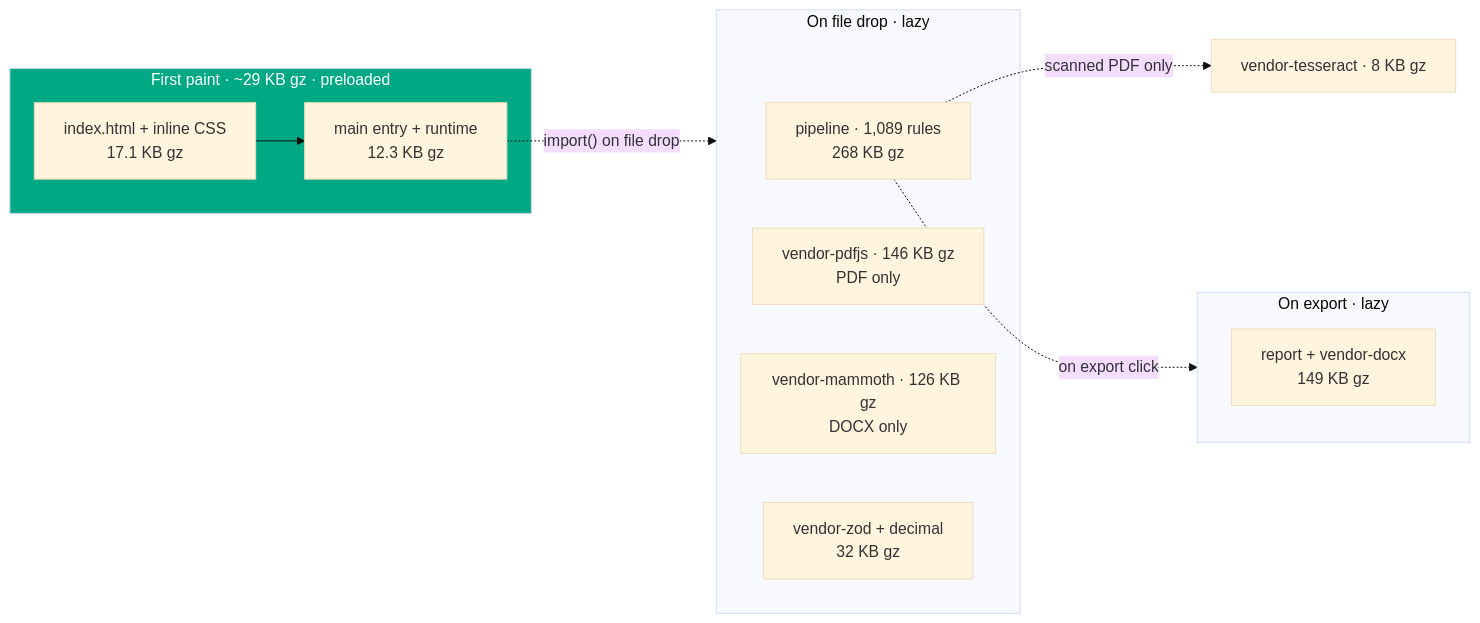
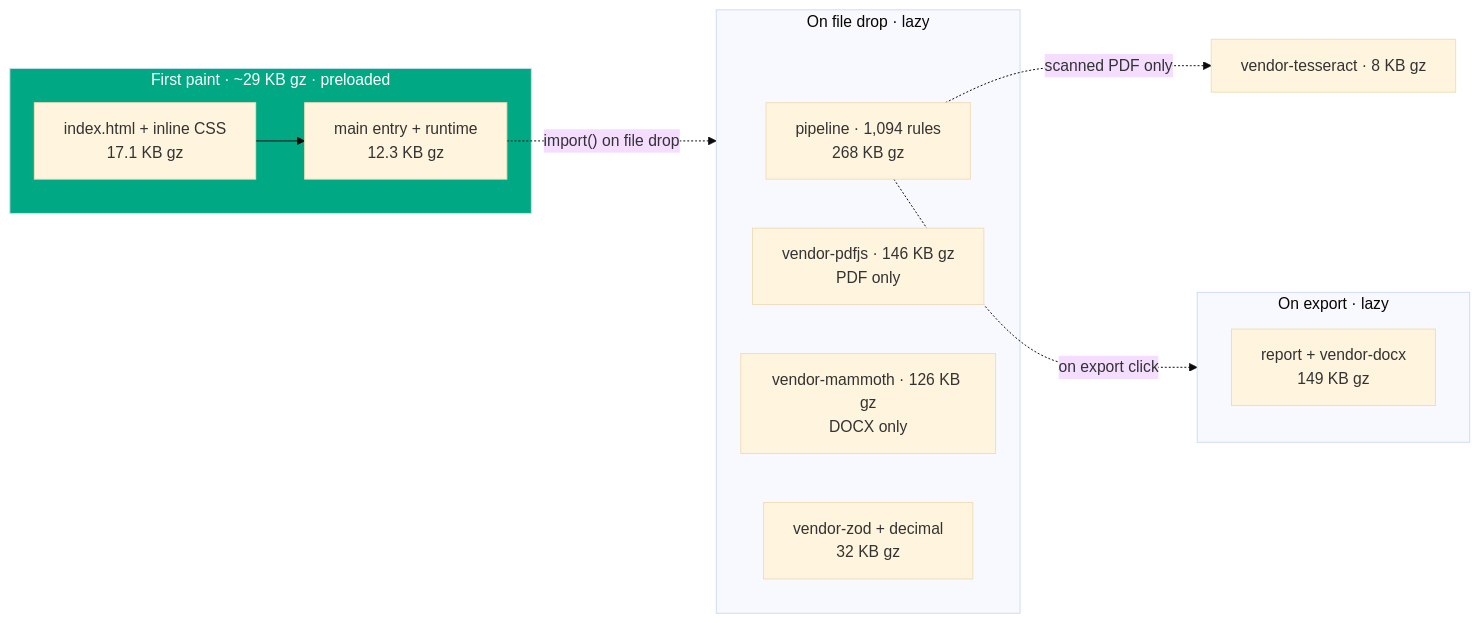
One commit to clay-good/vaulytica changed the tenth of 11 diagrams in README.md. Above: the diagram before and after it, drawn with Mermaid (base theme). The commit also changed other lines of this file and 98 other files, not shown here.

````diff
--- a/README.md
+++ b/README.md
@@ -1266,19 +1266,19 @@
 ```mermaid
 flowchart LR
   subgraph FP["First paint · ~29 KB gz · preloaded"]
     H[index.html + inline CSS<br/>17.1 KB gz] --> M[main entry + runtime<br/>12.3 KB gz]
   end
   M -. "import() on file drop" .-> DROP
   subgraph DROP["On file drop · lazy"]
-    P[pipeline · 1,089 rules<br/>268 KB gz]
+    P[pipeline · 1,094 rules<br/>268 KB gz]
     PDF[vendor-pdfjs · 146 KB gz<br/>PDF only]
     DOCXIN[vendor-mammoth · 126 KB gz<br/>DOCX only]
     Z[vendor-zod + decimal<br/>32 KB gz]
   end
   P -. "on export click" .-> EXP
   subgraph EXP["On export · lazy"]
     RPT[report + vendor-docx<br/>149 KB gz]
   end
   P -. "scanned PDF only" .-> OCR[vendor-tesseract · 8 KB gz]
   style FP fill:#00A883,color:#fff
 ```
````
